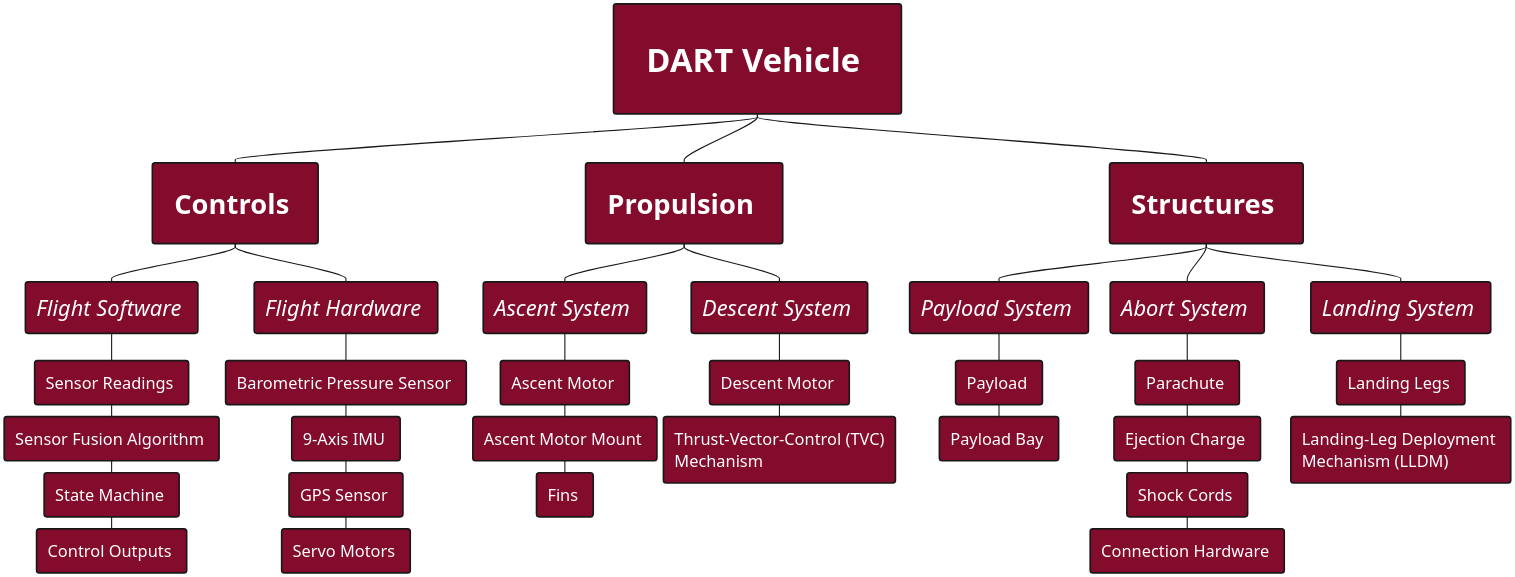
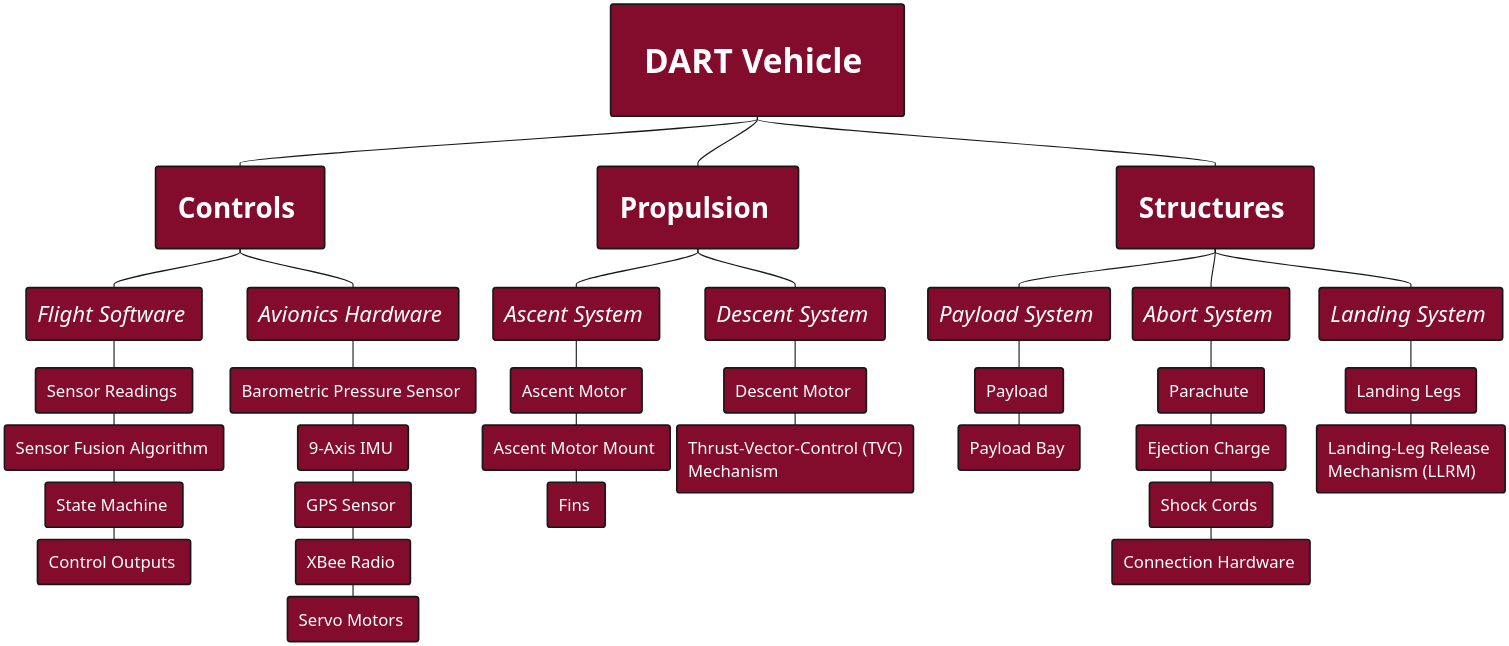
The diagram in diagrams/source/system_architecture.wsd (Laagaard/Rocket_Lander), drawn with PlantUML before and after one commit. The commit also changed 1 other file, not shown here.

Commit message:
PDR version of `system_architecture.wsd`

```diff
--- a/diagrams/source/system_architecture.wsd
+++ b/diagrams/source/system_architecture.wsd
@@ -1,88 +1,89 @@
 @startmindmap system_architecture
 scale 3840*2160
 top to bottom direction
 skinparam backgroundColor transparent
 hide stereotype
 
 <style>
 mindmapDiagram {
     FontName Verdana
     RoundCorner 5
 
     .systemNode {
         FontSize 30
         FontColor white
         FontStyle bold
         BackgroundColor #830C2C
         Padding 30
         Margin 20
         HorizontalAlignment left
     };
 
     .subsystemNode {
         FontSize 25
         FontColor white
         FontStyle bold
         BackgroundColor #830C2C
         Padding 20
         Margin 15
     };
 
     .subsubsystemNode {
         FontSize 20
         FontColor white
         FontStyle italic
         BackgroundColor #830C2C
         Padding 10
     };
 
     .componentNode {
         FontSize 15
         FontColor white
         BackgroundColor #830C2C
         Margin 3
     };
 }
 </style>
 
 * DART Vehicle <<systemNode>>
 
 ' -------- CONTROLS --------
 ** Controls <<subsystemNode>>
 
 *** Flight Software <<subsubsystemNode>>
 **** Sensor Readings <<componentNode>>
 ***** Sensor Fusion Algorithm <<componentNode>>
 ****** State Machine <<componentNode>>
 ******* Control Outputs <<componentNode>>
 
-*** Flight Hardware <<subsubsystemNode>>
+*** Avionics Hardware <<subsubsystemNode>>
 **** Barometric Pressure Sensor <<componentNode>>
 ***** 9-Axis IMU <<componentNode>>
 ****** GPS Sensor <<componentNode>>
-******* Servo Motors <<componentNode>>
+******* XBee Radio <<componentNode>>
+******** Servo Motors <<componentNode>>
 
 ' -------- PROPULSION --------
 ** Propulsion <<subsystemNode>>
 *** Ascent System <<subsubsystemNode>>
 **** Ascent Motor <<componentNode>>
 ***** Ascent Motor Mount <<componentNode>>
 ****** Fins <<componentNode>>
 *** Descent System <<subsubsystemNode>>
 **** Descent Motor <<componentNode>>
 ***** Thrust-Vector-Control (TVC)\nMechanism <<componentNode>>
 
 ' -------- STRUCTURES --------
 ** Structures <<subsystemNode>>
 *** Payload System <<subsubsystemNode>>
 **** Payload <<componentNode>>
 ***** Payload Bay <<componentNode>>
 *** Abort System <<subsubsystemNode>>
 **** Parachute <<componentNode>>
 ***** Ejection Charge <<componentNode>>
 ****** Shock Cords <<componentNode>>
 ******* Connection Hardware <<componentNode>>
 *** Landing System <<subsubsystemNode>>
 **** Landing Legs <<componentNode>>
-***** Landing-Leg Deployment \nMechanism (LLDM) <<componentNode>>
+***** Landing-Leg Release \nMechanism (LLRM) <<componentNode>>
 @endmindmap
```
